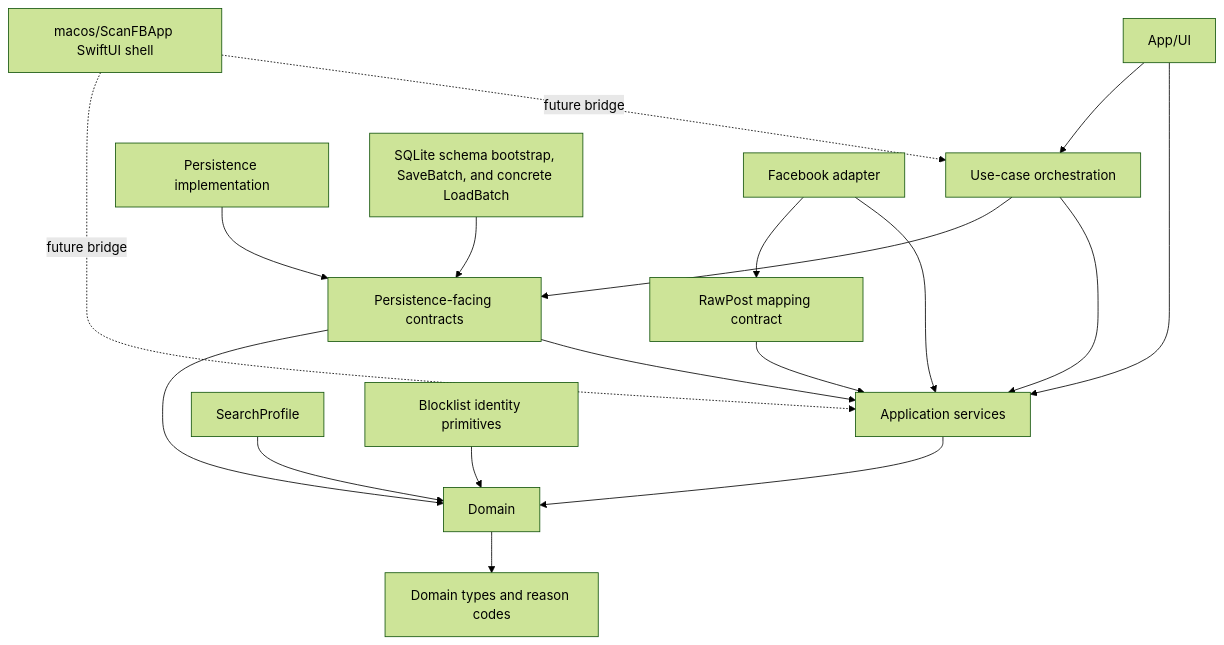
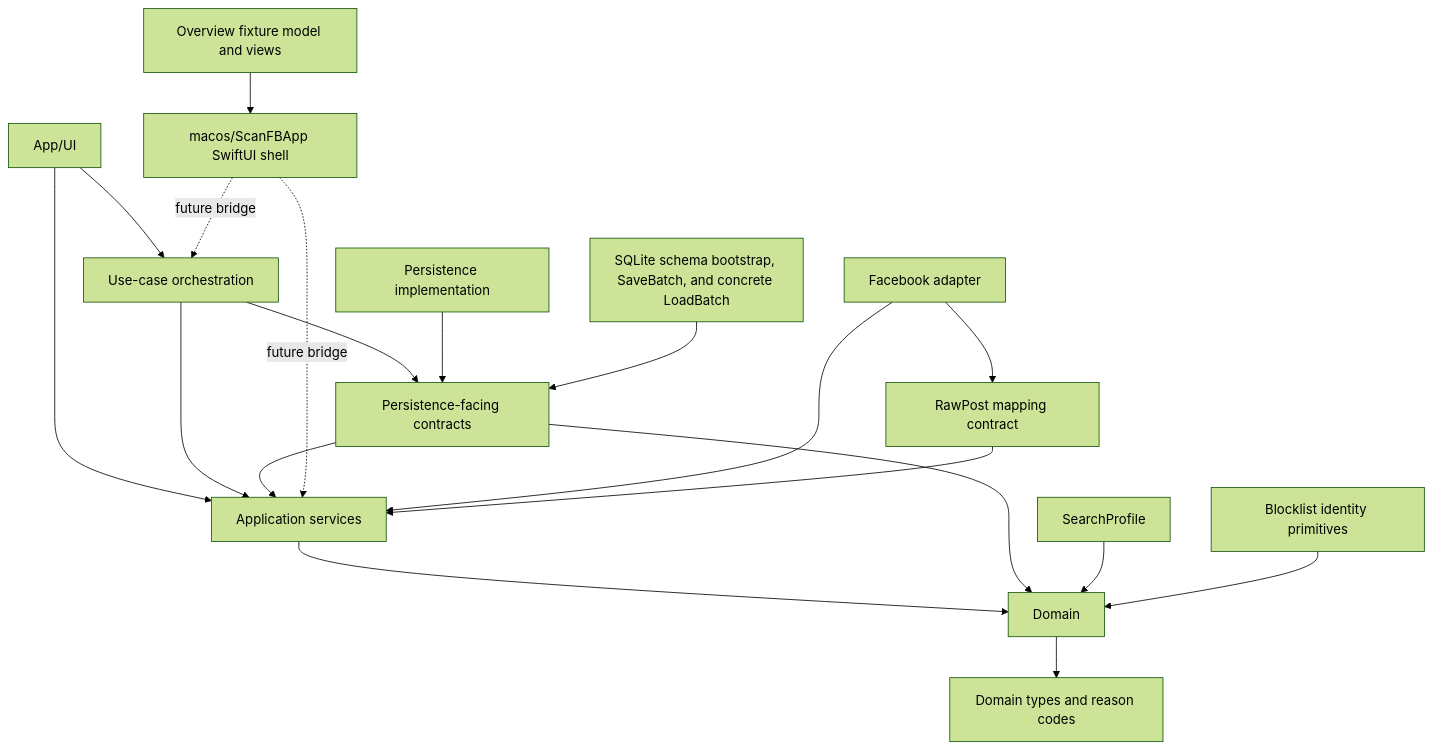
Before and after one commit to soleda2026/ScanFB: the diagram in docs/CODE_GRAPH.md, drawn with Mermaid (forest theme). The commit also changed other lines of this file and 14 other files, not shown here.

````diff
--- a/docs/CODE_GRAPH.md
+++ b/docs/CODE_GRAPH.md
@@ -7,20 +7,21 @@
 ```mermaid
 flowchart TD
     UI["App/UI"] --> APP["Application services"]
     UI --> ORCH["Use-case orchestration"]
     ORCH --> APP
     ORCH --> PERSIST_CONTRACT
     APP --> DOMAIN["Domain"]
     PERSIST_CONTRACT["Persistence-facing contracts"] --> APP
     PERSIST_CONTRACT --> DOMAIN
     PERSIST_IMPL["Persistence implementation"] --> PERSIST_CONTRACT
     SQLITE["SQLite schema bootstrap, SaveBatch, and concrete LoadBatch"] --> PERSIST_CONTRACT
     MACOS_APP["macos/ScanFBApp SwiftUI shell"] -.future bridge.-> ORCH
     MACOS_APP -.future bridge.-> APP
+    OVERVIEW_FIXTURE["Overview fixture model and views"] --> MACOS_APP
     FB["Facebook adapter"] --> APP
     FB --> RAW["RawPost mapping contract"]
     RAW --> APP
     PROFILE["SearchProfile"] --> DOMAIN
     DOMAIN --> TYPES["Domain types and reason codes"]
     BLOCKLIST["Blocklist identity primitives"] --> DOMAIN
 ```
````
